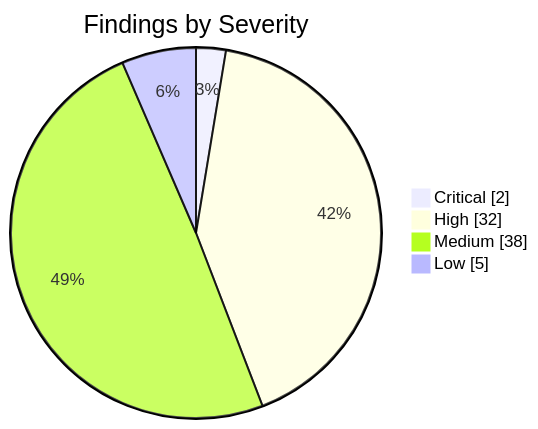
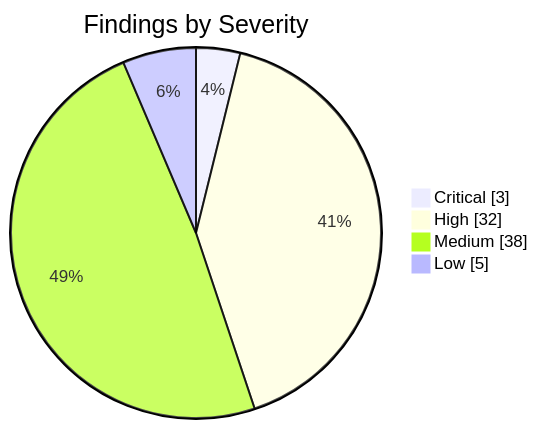
One commit to KBVE/kbve changed the first of 2 diagrams in apps/kbve/astro-kbve/src/content/docs/dashboard/security.mdx. Above: the diagram before and after it, drawn with Mermaid. The commit also changed other lines of this file and 8 other files, not shown here.

````diff
--- a/apps/kbve/astro-kbve/src/content/docs/dashboard/security.mdx
+++ b/apps/kbve/astro-kbve/src/content/docs/dashboard/security.mdx
@@ -62,8 +62,8 @@
 ```mermaid
 pie showData
     title Findings by Severity
-    "Critical" : 2
+    "Critical" : 3
     "High" : 32
     "Medium" : 38
     "Low" : 5
 ```
````
